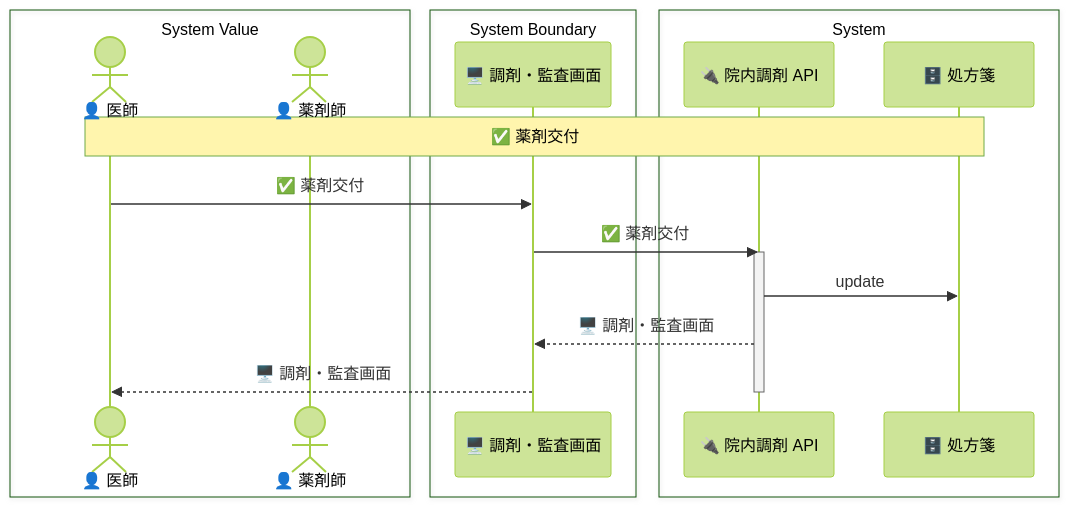
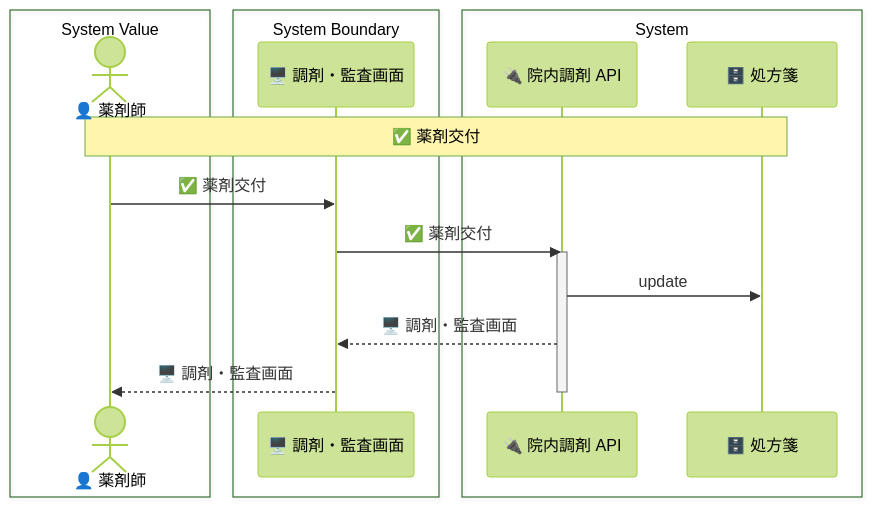
The diagram in samples/clinic-ops/out/uc/sequence_hand_over_medication.mmd (manji-0/rdra-ish-dsl), drawn with Mermaid (forest theme) before and after one commit. The commit also changed 71 other files, not shown here.

```diff
--- a/samples/clinic-ops/out/uc/sequence_hand_over_medication.mmd
+++ b/samples/clinic-ops/out/uc/sequence_hand_over_medication.mmd
@@ -1,21 +1,20 @@
 sequenceDiagram
   box System Value
-    actor Clinician as 👤 医師
     actor Pharmacist as 👤 薬剤師
   end
   box System Boundary
     participant DispensingScreen as 🖥️ 調剤・監査画面
   end
   box System
     participant DispensingApi as 🔌 院内調剤 API
     participant Prescription as 🗄️ 処方箋
   end
 
-  Note over Clinician,Prescription: ✅ 薬剤交付
-  Clinician->>DispensingScreen: ✅ 薬剤交付
+  Note over Pharmacist,Prescription: ✅ 薬剤交付
+  Pharmacist->>DispensingScreen: ✅ 薬剤交付
   DispensingScreen->>DispensingApi: ✅ 薬剤交付
   activate DispensingApi
   DispensingApi->>Prescription: update
   DispensingApi-->>DispensingScreen: 🖥️ 調剤・監査画面
-  DispensingScreen-->>Clinician: 🖥️ 調剤・監査画面
+  DispensingScreen-->>Pharmacist: 🖥️ 調剤・監査画面
   deactivate DispensingApi
```
